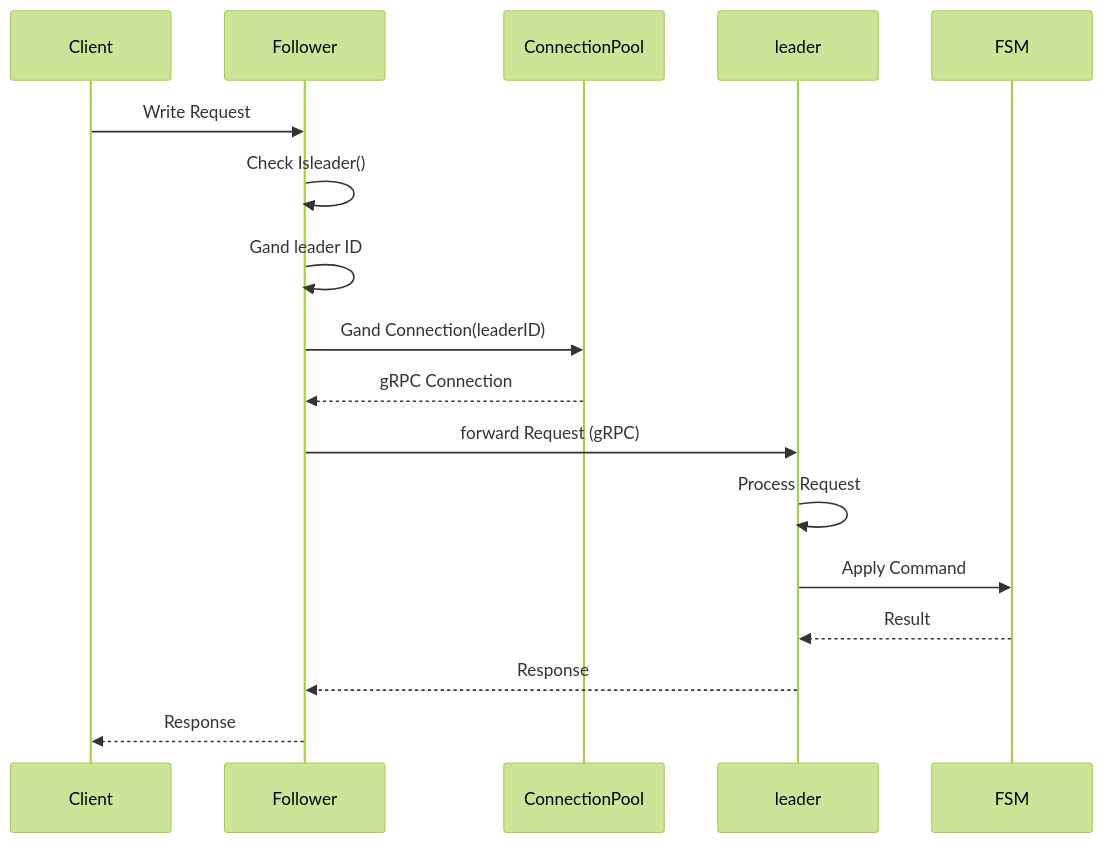
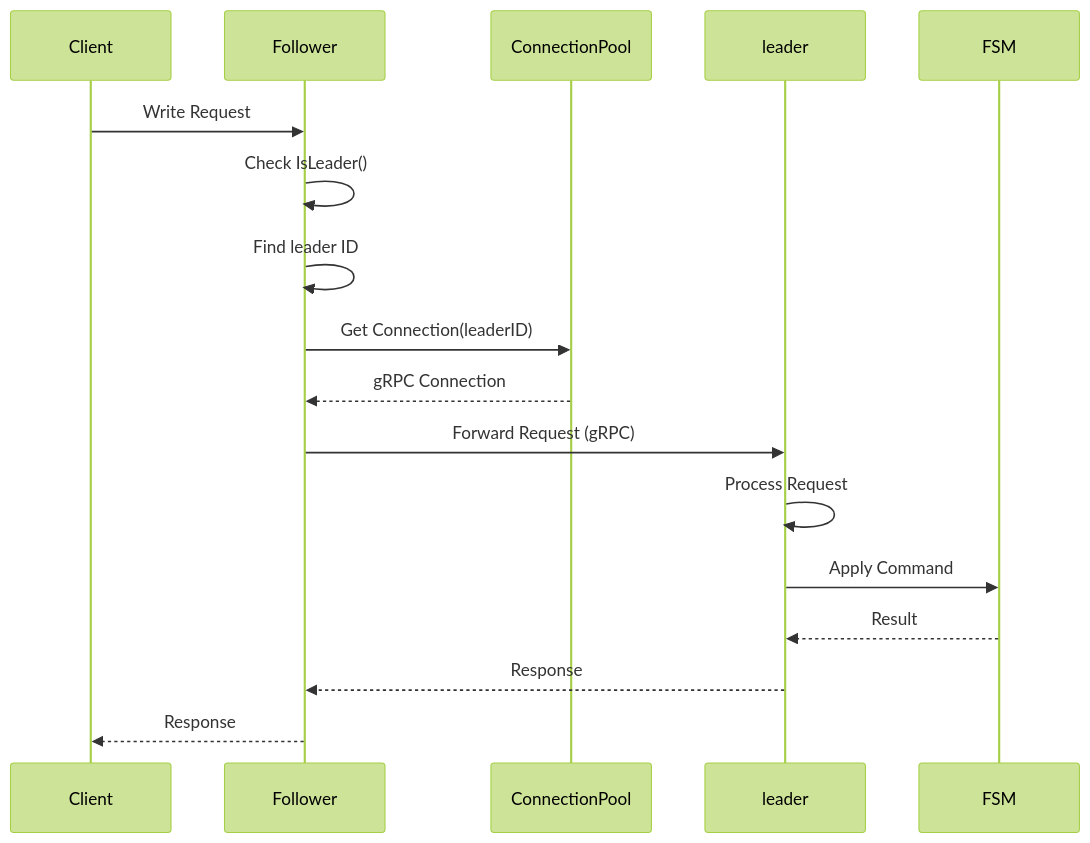
Before and after one commit to formancehq/ledger: the sixth of 7 diagrams in docs/data-flows.md, drawn with Mermaid (forest theme). The commit also changed other lines of this file and 123 other files, not shown here.

````diff
--- a/docs/data-flows.md
+++ b/docs/data-flows.md
@@ -319,23 +319,23 @@
 ```mermaid
 sequenceDiagram
     participant Client
     participant Follower
     participant ConnectionPool
     participant leader
     participant FSM
     
     Client->>Follower: Write Request
-    Follower->>Follower: Check Isleader()
-    Follower->>Follower: Gand leader ID
+    Follower->>Follower: Check IsLeader()
+    Follower->>Follower: Find leader ID
     
-    Follower->>ConnectionPool: Gand Connection(leaderID)
+    Follower->>ConnectionPool: Get Connection(leaderID)
     ConnectionPool-->>Follower: gRPC Connection
     
-    Follower->>leader: forward Request (gRPC)
+    Follower->>leader: Forward Request (gRPC)
     leader->>leader: Process Request
     leader->>FSM: Apply Command
     FSM-->>leader: Result
     leader-->>Follower: Response
     
     Follower-->>Client: Response
 ```
````
